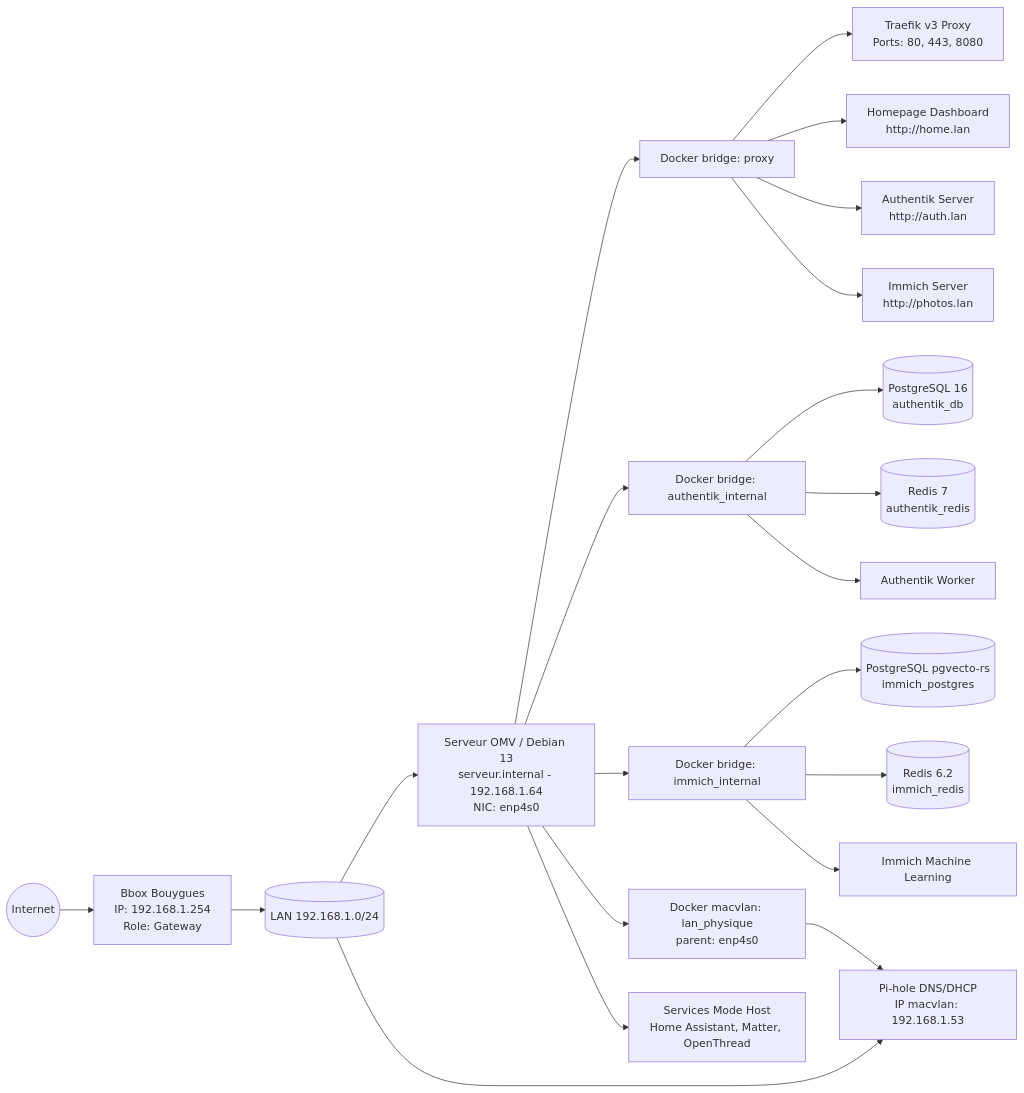
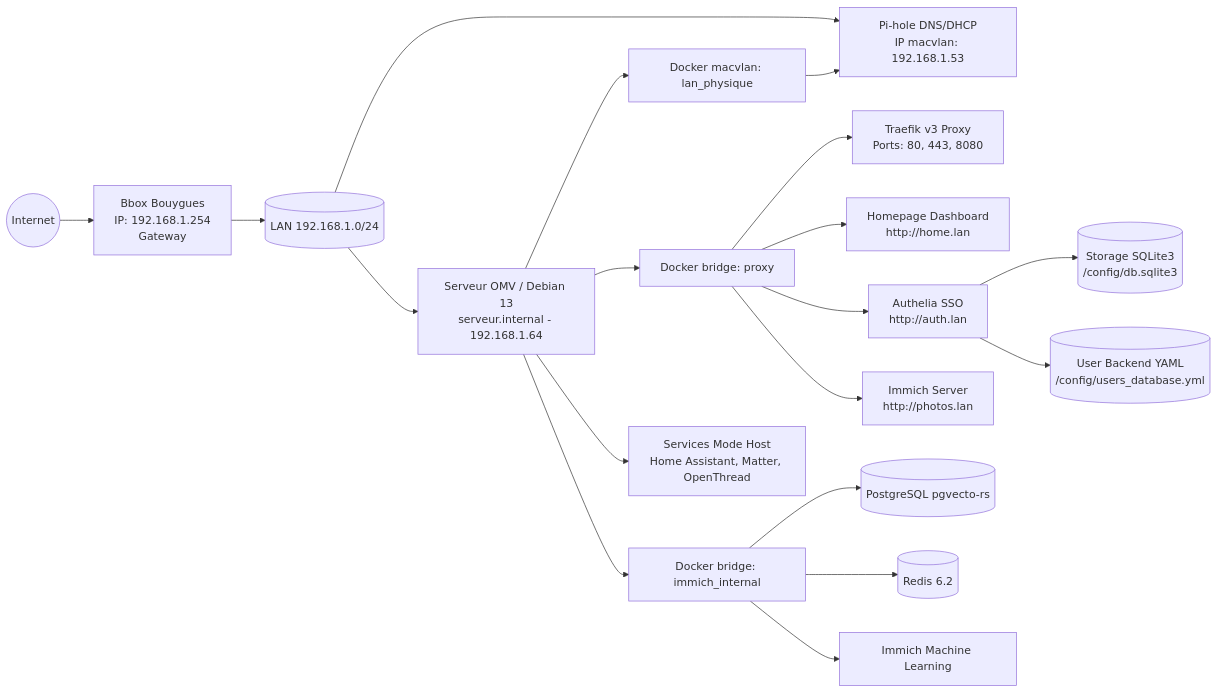
The first of 2 diagrams in readme.md (totoc2428/homehub), drawn with Mermaid before and after one commit. The commit also changed other lines of this file and 3 other files, not shown here.

First line of the commit message:
Refactor HomeLab to integrate Authelia SSO, update environment variables, and enhance documentation

````diff
--- a/readme.md
+++ b/readme.md
@@ -47,29 +40,27 @@
 ```mermaid
 flowchart LR
-    WAN((Internet)) --> BBOX[Bbox Bouygues\nIP: 192.168.1.254\nRole: Gateway]
+    WAN((Internet)) --> BBOX[Bbox Bouygues\nIP: 192.168.1.254\nGateway]
     BBOX --> LAN[(LAN 192.168.1.0/24)]
 
-    LAN --> HOST[Serveur OMV / Debian 13\nserveur.internal - 192.168.1.64\nNIC: enp4s0]
+    LAN --> HOST[Serveur OMV / Debian 13\nserveur.internal - 192.168.1.64]
     LAN --> PIHOLE[Pi-hole DNS/DHCP\nIP macvlan: 192.168.1.53]
 
     HOST --> BRPROXY[Docker bridge: proxy]
-    HOST --> BRAUTH[Docker bridge: authentik_internal]
     HOST --> BRIMMICH[Docker bridge: immich_internal]
-    HOST --> MACVLAN[Docker macvlan: lan_physique\nparent: enp4s0]
+    HOST --> MACVLAN[Docker macvlan: lan_physique]
     HOST --> HOSTNET[Services Mode Host\nHome Assistant, Matter, OpenThread]
 
     BRPROXY --> TRAEFIK[Traefik v3 Proxy\nPorts: 80, 443, 8080]
     BRPROXY --> HOMEPAGE[Homepage Dashboard\nhttp://home.lan]
-    BRPROXY --> AUTHSRV[Authentik Server\nhttp://auth.lan]
+    BRPROXY --> AUTHELIA[Authelia SSO\nhttp://auth.lan]
     BRPROXY --> IMMICHSRV[Immich Server\nhttp://photos.lan]
 
-    BRAUTH --> AUTHDB[(PostgreSQL 16\nauthentik_db)]
-    BRAUTH --> AUTHREDIS[(Redis 7\nauthentik_redis)]
-    BRAUTH --> WORKER[Authentik Worker]
+    AUTHELIA --> AUTHELIADB[(Storage SQLite3\n/config/db.sqlite3)]
+    AUTHELIA --> USERSDB[(User Backend YAML\n/config/users_database.yml)]
 
-    BRIMMICH --> IMMICHDB[(PostgreSQL pgvecto-rs\nimmich_postgres)]
-    BRIMMICH --> IMMICHREDIS[(Redis 6.2\nimmich_redis)]
+    BRIMMICH --> IMMICHDB[(PostgreSQL pgvecto-rs)]
+    BRIMMICH --> IMMICHREDIS[(Redis 6.2)]
     BRIMMICH --> IMMICHL[Immich Machine Learning]
 
     MACVLAN --> PIHOLE
 ```
````
